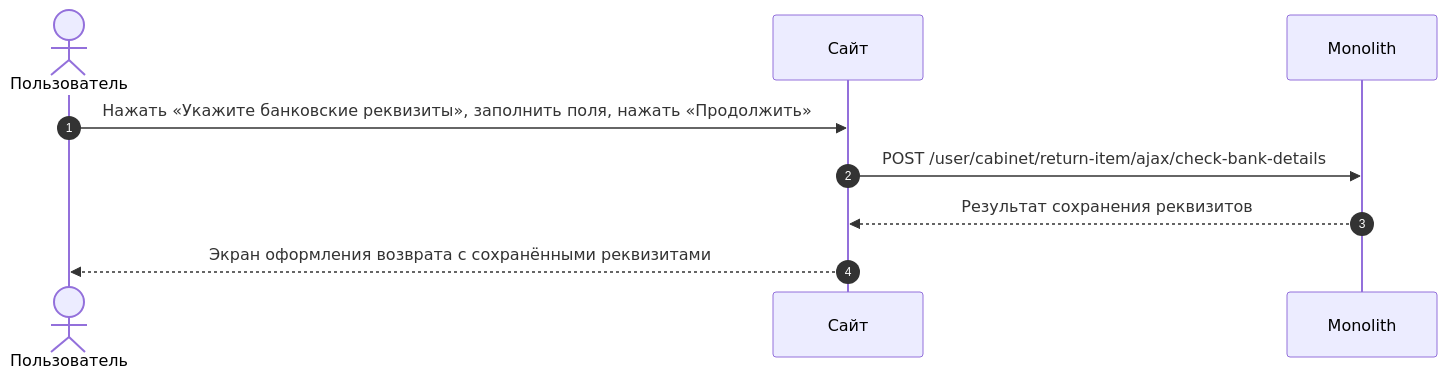
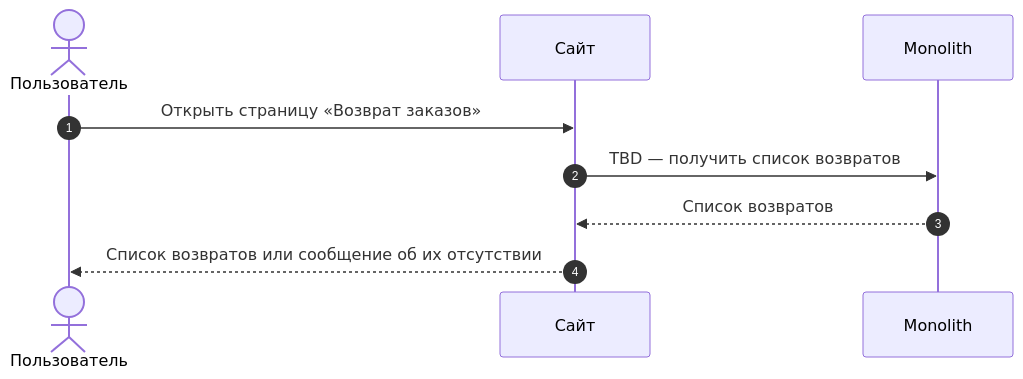
One commit to Terinss155/opencode-agents-analysis changed diagram 18 of 21 in projects/returns-2.0/requirements/srs/srs-web-mvp.md. Above: the diagram before and after it, drawn with Mermaid. The commit also changed other lines of this file and 135 other files, not shown here.

````diff
--- a/projects/returns-2.0/requirements/srs/srs-web-mvp.md
+++ b/projects/returns-2.0/requirements/srs/srs-web-mvp.md
@@ -546,13 +1118,12 @@
 ```mermaid
 sequenceDiagram
     autonumber
-
     actor U as Пользователь
     participant WEB as Сайт
     participant MON as Monolith
 
-    U->>WEB: Нажать «Укажите банковские реквизиты», заполнить поля, нажать «Продолжить»
-    WEB->>MON: POST /user/cabinet/return-item/ajax/check-bank-details
-    MON-->>WEB: Результат сохранения реквизитов
-    WEB-->>U: Экран оформления возврата с сохранёнными реквизитами
+    U->>WEB: Открыть страницу «Возврат заказов»
+    WEB->>MON: TBD — получить список возвратов
+    MON-->>WEB: Список возвратов
+    WEB-->>U: Список возвратов или сообщение об их отсутствии
 ```
````
